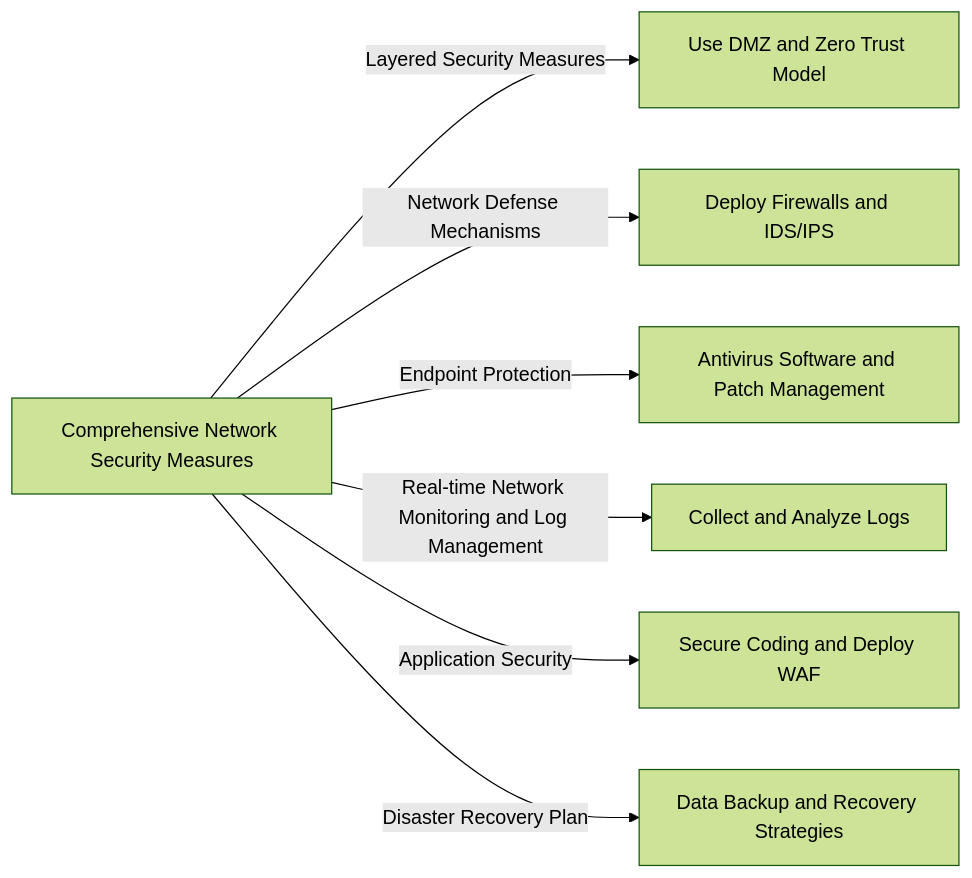
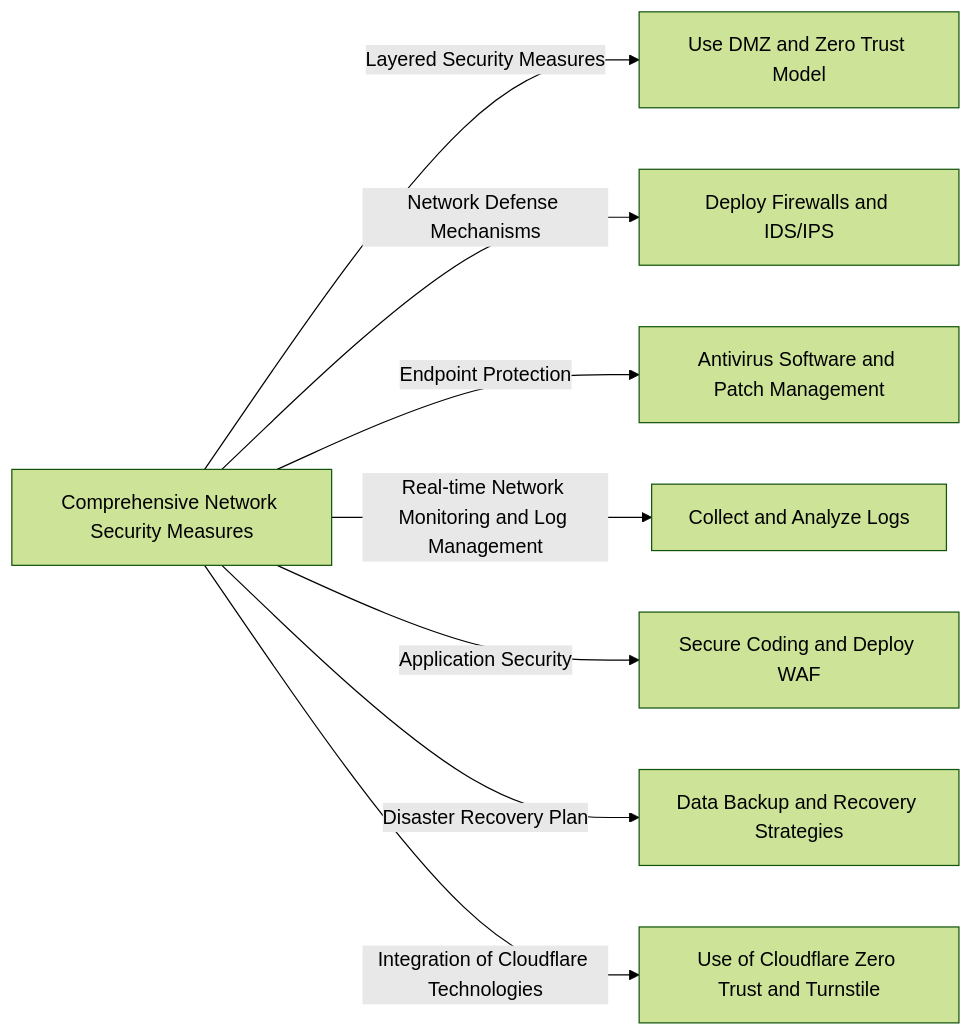
One commit to BTI-US/BTI-Gitbook changed the eighth of 9 diagrams in experiment-and-design/2-bti-architecture.md. Above: the diagram before and after it, drawn with Mermaid (forest theme). The commit also changed other lines of this file and 5 other files, not shown here.

````diff
--- a/experiment-and-design/2-bti-architecture.md
+++ b/experiment-and-design/2-bti-architecture.md
@@ -556,10 +383,11 @@
 ```mermaid
 graph LR
     A[Comprehensive Network Security Measures]
     A -->|Layered Security Measures| B1[Use DMZ and Zero Trust Model]
     A -->|Network Defense Mechanisms| B2[Deploy Firewalls and IDS/IPS]
     A -->|Endpoint Protection| B3[Antivirus Software and Patch Management]
     A -->|Real-time Network Monitoring and Log Management| B4[Collect and Analyze Logs]
     A -->|Application Security| B5[Secure Coding and Deploy WAF]
     A -->|Disaster Recovery Plan| B6[Data Backup and Recovery Strategies]
+    A -->|Integration of Cloudflare Technologies| B7[Use of Cloudflare Zero Trust and Turnstile]
 ```
````
